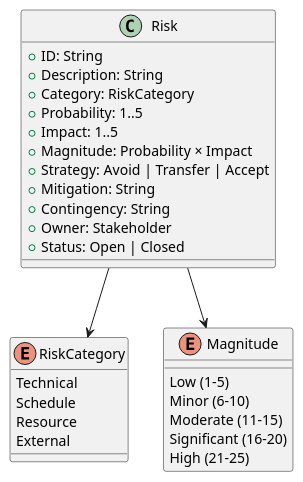
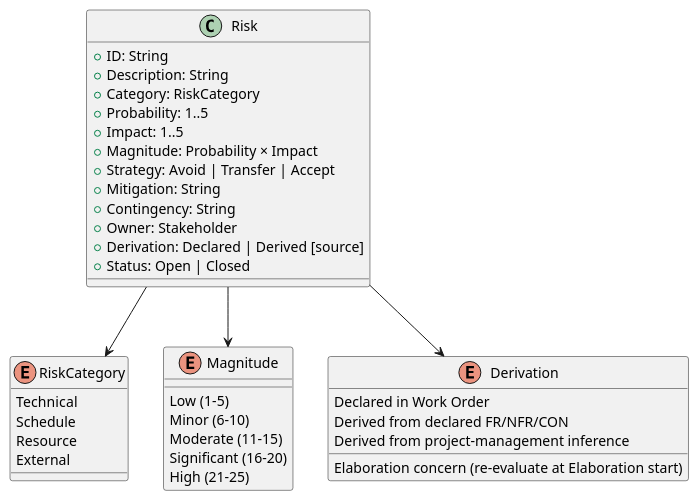
The first of 2 diagrams in docs/artifacts/project-management/risk-list.md (banense-test/portal), drawn with PlantUML before and after one commit. The commit also changed other lines of this file, not shown here.

First line of the commit message:
Project Manager [I2]: upsert Risk List

````diff
--- a/docs/artifacts/project-management/risk-list.md
+++ b/docs/artifacts/project-management/risk-list.md
@@ -13,35 +13,44 @@
 ```plantuml
 @startuml Risk_Classification_Structure
 class "Risk" as RISK {
   + ID: String
   + Description: String
   + Category: RiskCategory
   + Probability: 1..5
   + Impact: 1..5
   + Magnitude: Probability × Impact
   + Strategy: Avoid | Transfer | Accept
   + Mitigation: String
   + Contingency: String
   + Owner: Stakeholder
+  + Derivation: Declared | Derived [source]
   + Status: Open | Closed
 }
 
 enum "RiskCategory" as CAT {
   Technical
   Schedule
   Resource
   External
 }
 
 enum "Magnitude" as MAG {
   Low (1-5)
   Minor (6-10)
   Moderate (11-15)
   Significant (16-20)
   High (21-25)
 }
 
+enum "Derivation" as DER {
+  Declared in Work Order
+  Derived from declared FR/NFR/CON
+  Derived from project-management inference
+  Elaboration concern (re-evaluate at Elaboration start)
+}
+
 RISK --> CAT
 RISK --> MAG
+RISK --> DER
 @enduml
 ```
````
